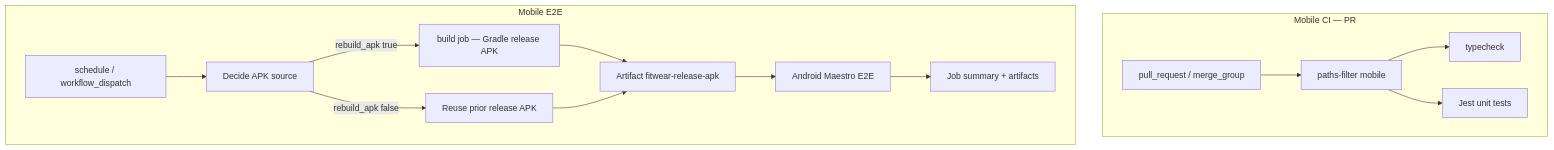
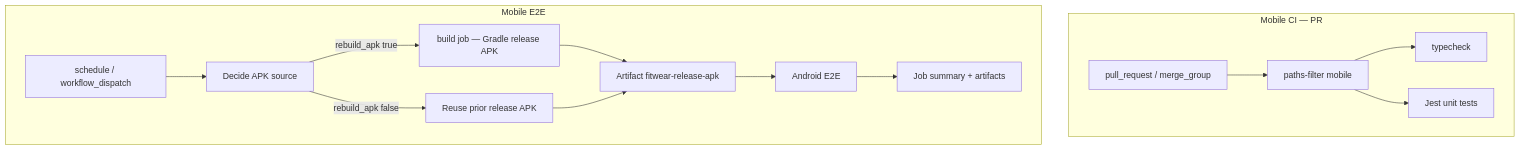
The diagram in apps/mobile/docs/e2e-cicd-setup.md (caphefalumi/huawei-fitwear), drawn with Mermaid before and after one commit. The commit also changed other lines of this file and 28 other files, not shown here.

First line of the commit message:
test: replace Maestro with e2e and @e2e-dev/mobile for Android E2E

````diff
--- a/apps/mobile/docs/e2e-cicd-setup.md
+++ b/apps/mobile/docs/e2e-cicd-setup.md
@@ -17,18 +17,18 @@
 ```mermaid
 flowchart TB
   subgraph ci [Mobile CI — PR]
     PR[pull_request / merge_group] --> Filter[paths-filter mobile]
     Filter --> TC[typecheck]
     Filter --> Jest[Jest unit tests]
   end
 
   subgraph e2e [Mobile E2E]
     Trigger[schedule / workflow_dispatch] --> Prepare[Decide APK source]
     Prepare -->|rebuild_apk true| Build[build job — Gradle release APK]
     Prepare -->|rebuild_apk false| Fetch[Reuse prior release APK]
     Build --> Art[Artifact fitwear-release-apk]
     Fetch --> Art
-    Art --> Maestro[Android Maestro E2E]
-    Maestro --> Summary[Job summary + artifacts]
+    Art --> E2E[Android E2E]
+    E2E --> Summary[Job summary + artifacts]
   end
 ```
````
